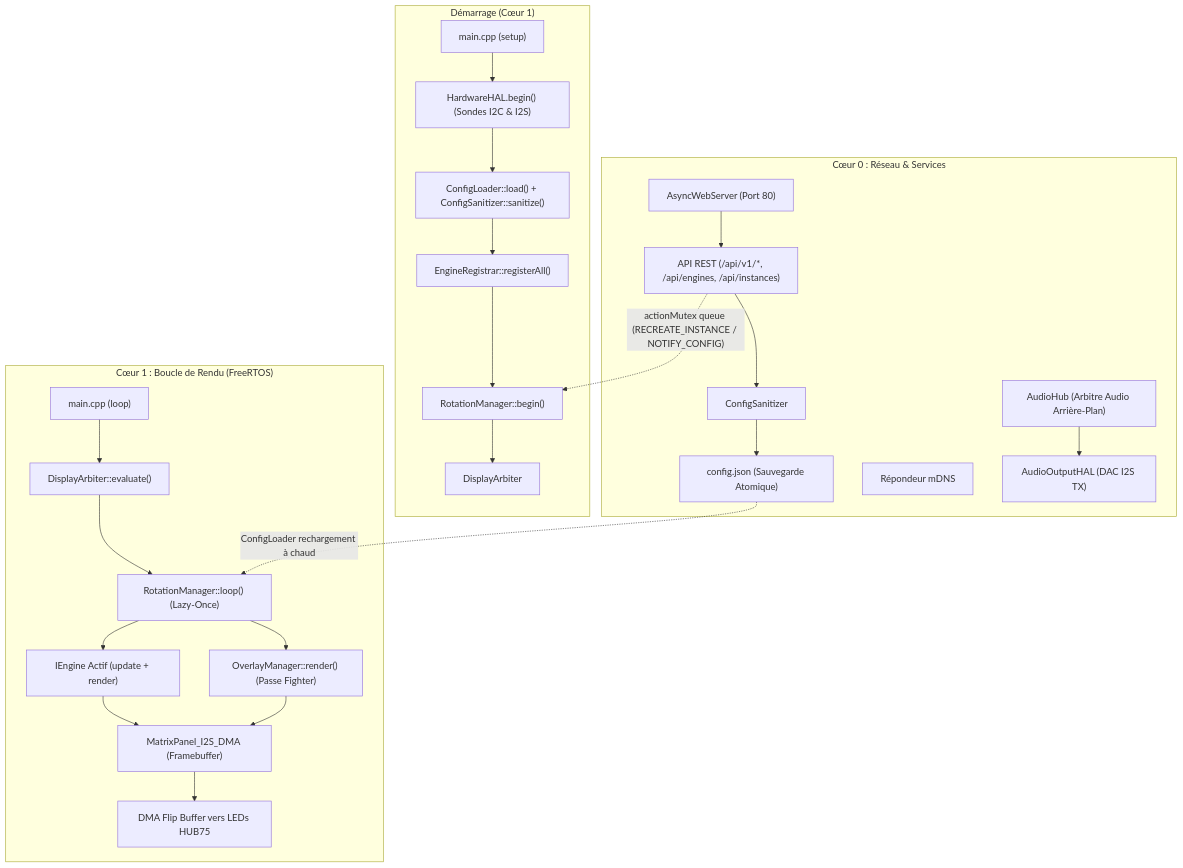
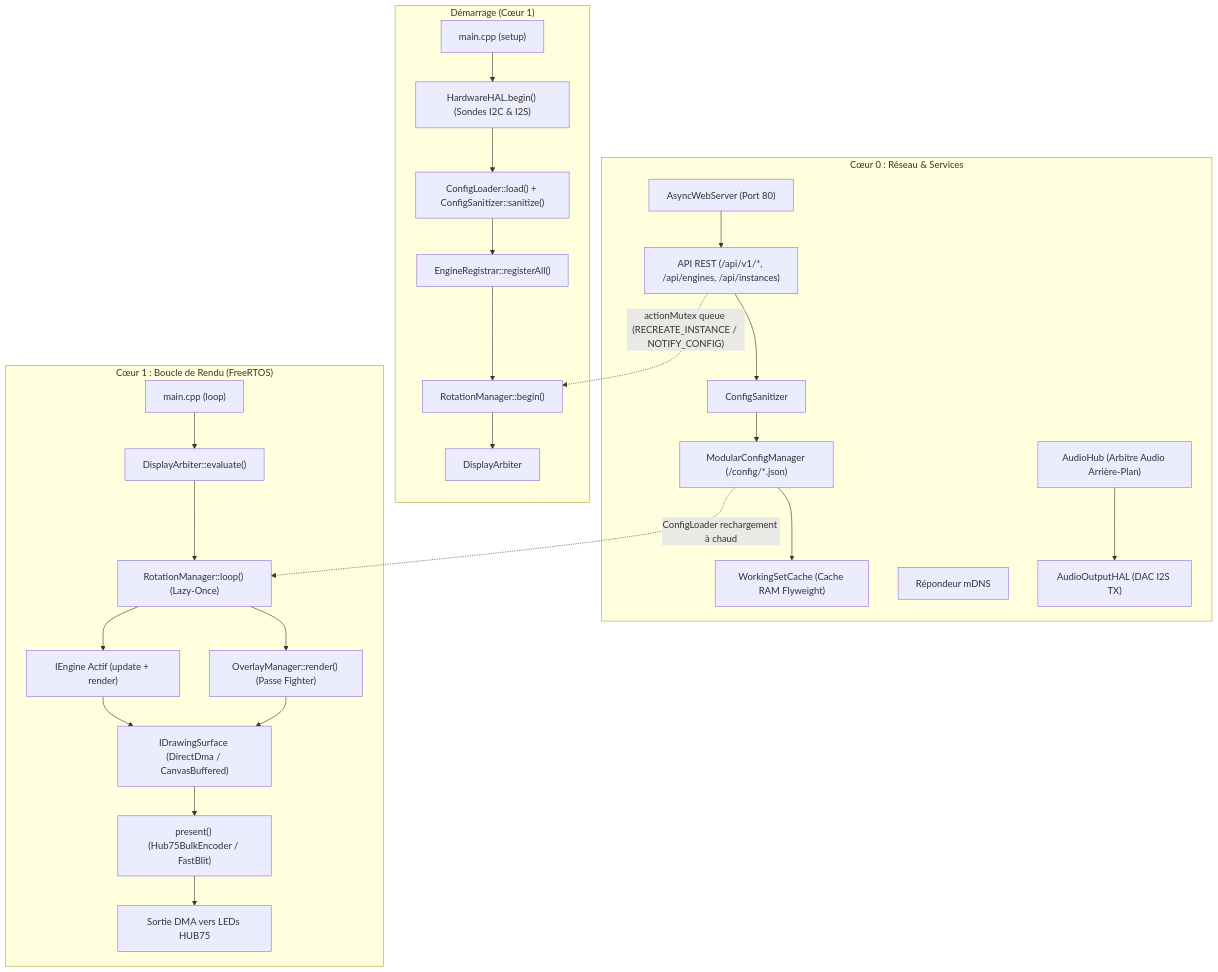
Before and after one commit to red77290/ArcadeMatrix: the first of 3 diagrams in docs/ARCHITECTURE_FR.md, drawn with Mermaid. The commit also changed other lines of this file and 268 other files, not shown here.

````diff
--- a/docs/ARCHITECTURE_FR.md
+++ b/docs/ARCHITECTURE_FR.md
@@ -49,33 +52,35 @@
 ```mermaid
 flowchart TD
     subgraph Boot["Démarrage (Cœur 1)"]
         MAIN["main.cpp (setup)"] --> HAL["HardwareHAL.begin() (Sondes I2C & I2S)"]
         HAL --> CFG["ConfigLoader::load() + ConfigSanitizer::sanitize()"]
         CFG --> REG["EngineRegistrar::registerAll()"]
         REG --> RM["RotationManager::begin()"]
         RM --> ARB["DisplayArbiter"]
     end
 
     subgraph Core0["Cœur 0 : Réseau & Services"]
         WS["AsyncWebServer (Port 80)"]
         WS --> API["API REST (/api/v1/*, /api/engines, /api/instances)"]
         API --> SAN["ConfigSanitizer"]
-        SAN --> SAVE["config.json (Sauvegarde Atomique)"]
+        SAN --> SAVE["ModularConfigManager (/config/*.json)"]
+        SAVE --> WSC["WorkingSetCache (Cache RAM Flyweight)"]
         MDNS["Répondeur mDNS"]
         AH["AudioHub (Arbitre Audio Arrière-Plan)"]
         AH --> AHAL["AudioOutputHAL (DAC I2S TX)"]
     end
 
     subgraph Core1["Cœur 1 : Boucle de Rendu (FreeRTOS)"]
         LOOP["main.cpp (loop)"] --> ARB_EVAL["DisplayArbiter::evaluate()"]
         ARB_EVAL --> RM_LOOP["RotationManager::loop() (Lazy-Once)"]
         RM_LOOP --> ENG["IEngine Actif (update + render)"]
-        ENG --> MATRIX["MatrixPanel_I2S_DMA (Framebuffer)"]
+        ENG --> SURFACE["IDrawingSurface (DirectDma / CanvasBuffered)"]
         RM_LOOP --> OV["OverlayManager::render() (Passe Fighter)"]
-        OV --> MATRIX
-        MATRIX --> DMA["DMA Flip Buffer vers LEDs HUB75"]
+        OV --> SURFACE
+        SURFACE --> PRESENT["present() (Hub75BulkEncoder / FastBlit)"]
+        PRESENT --> DMA["Sortie DMA vers LEDs HUB75"]
     end
 
     API -.->|"actionMutex queue (RECREATE_INSTANCE / NOTIFY_CONFIG)"| RM
     SAVE -.->|"ConfigLoader rechargement à chaud"| RM_LOOP
 ```
````
